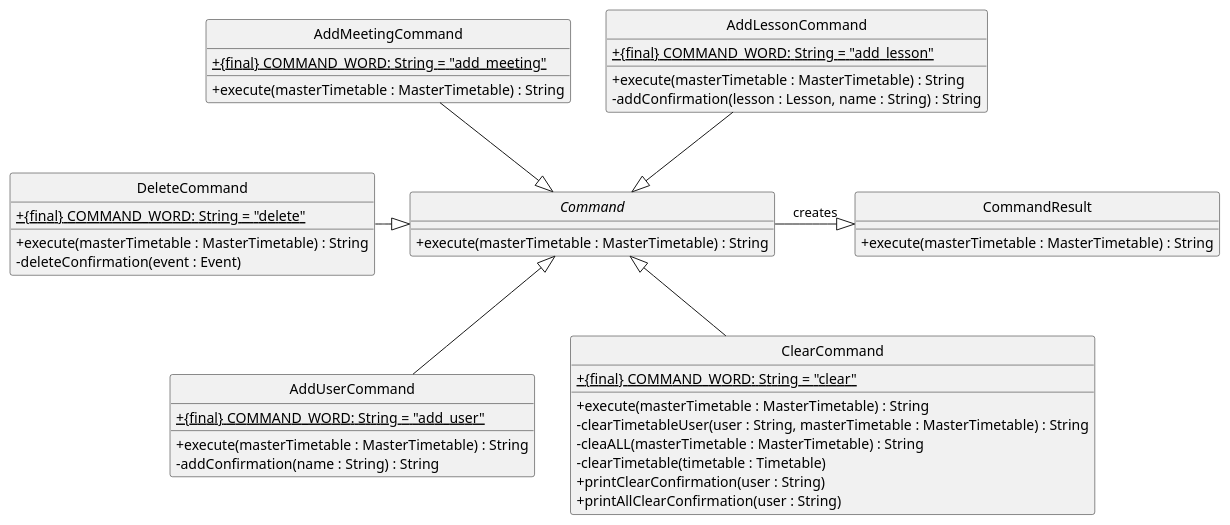
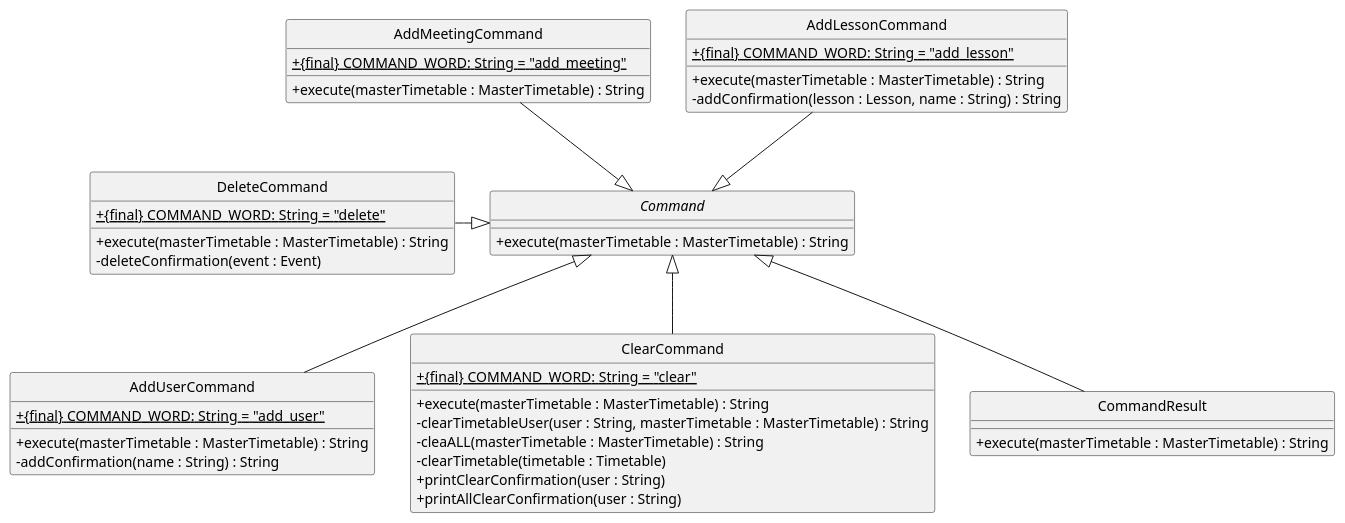
One commit to nus-cs2113-AY2122S2/tp changed the diagram in docs/diagrams/CommandClassDiagram1.puml. Above: the diagram before and after it, drawn with PlantUML. The commit also changed 7 other files, not shown here.

Commit message:
Change sequence diagram

```diff
--- a/docs/diagrams/CommandClassDiagram1.puml
+++ b/docs/diagrams/CommandClassDiagram1.puml
@@ -1,55 +1,55 @@
 @startuml
 'https://plantuml.com/class-diagram
 
 hide circle
 skinparam classAttributeIconSize 0
 
 Command <|-up- AddLessonCommand
 Command <|-up- AddMeetingCommand
 Command <|-- AddUserCommand
 Command <|-- ClearCommand
-Command -right-|> CommandResult : creates
+Command <|-- CommandResult
 Command <|-left- DeleteCommand
 
 class AddLessonCommand {
 + {static} {final} COMMAND_WORD: String = "add_lesson"
 + execute(masterTimetable : MasterTimetable) : String
 - addConfirmation(lesson : Lesson, name : String) : String
 }
 
 class AddMeetingCommand {
 + {static} {final} COMMAND_WORD: String = "add_meeting"
 + execute(masterTimetable : MasterTimetable) : String
 }
 
 class AddUserCommand {
 + {static} {final} COMMAND_WORD: String = "add_user"
 + execute(masterTimetable : MasterTimetable) : String
 - addConfirmation(name : String) : String
 }
 
 class ClearCommand {
 + {static} {final} COMMAND_WORD: String = "clear"
 + execute(masterTimetable : MasterTimetable) : String
 - clearTimetableUser(user : String, masterTimetable : MasterTimetable) : String
 - cleaALL(masterTimetable : MasterTimetable) : String
 - clearTimetable(timetable : Timetable)
 + printClearConfirmation(user : String)
 + printAllClearConfirmation(user : String)
 }
 
 class CommandResult {
 + execute(masterTimetable : MasterTimetable) : String
 }
 
 abstract class Command {
 + execute(masterTimetable : MasterTimetable) : String
 }
 
 class DeleteCommand {
 + {static} {final} COMMAND_WORD: String = "delete"
 + execute(masterTimetable : MasterTimetable) : String
 - deleteConfirmation(event : Event)
 }
 
 @enduml
```
